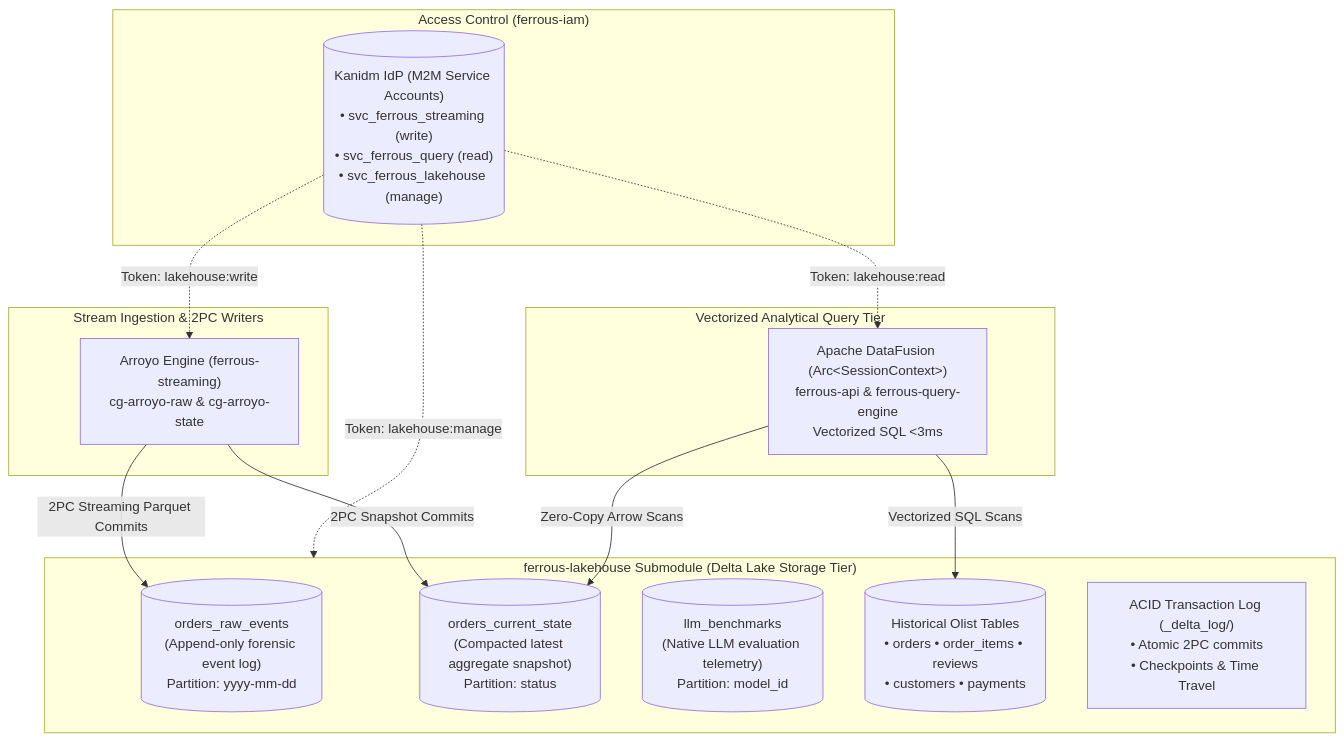
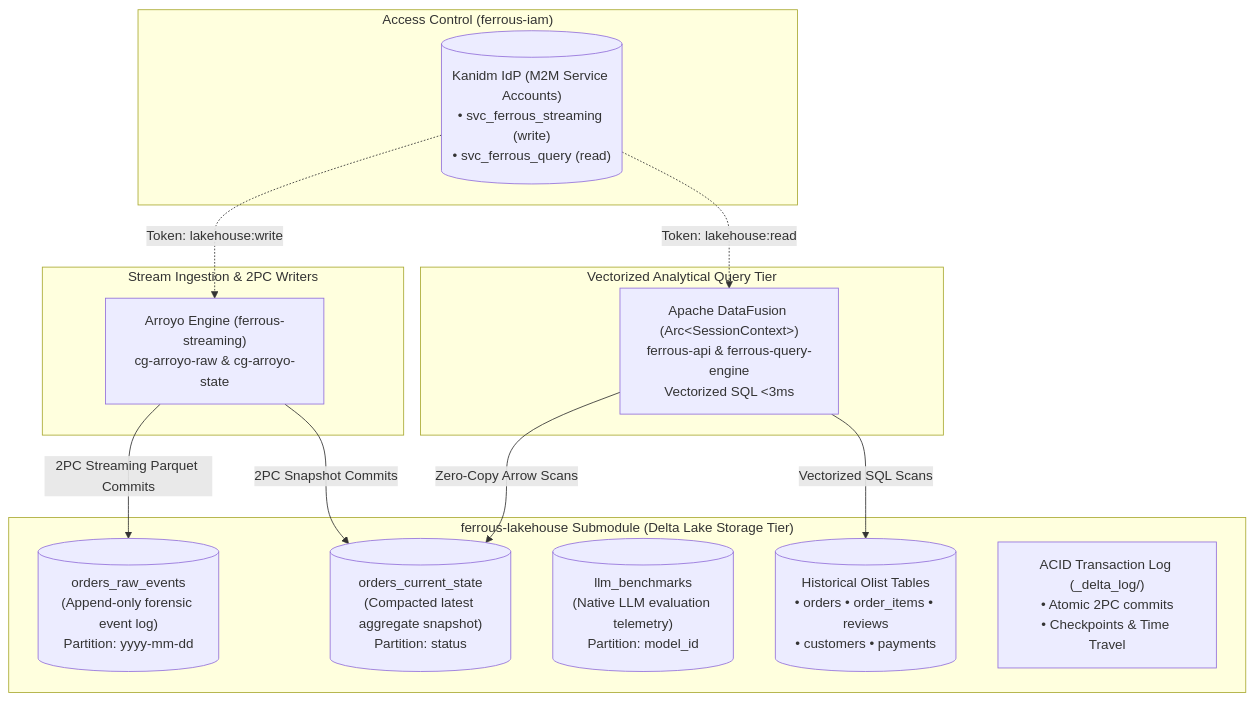
Before and after one commit to reidlai/ferrous-streaming: the diagram in store/README.md, drawn with Mermaid. The commit also changed other lines of this file and 14 other files, not shown here.

````diff
--- a/store/README.md
+++ b/store/README.md
@@ -20,30 +20,29 @@
 ```mermaid
 flowchart TD
     subgraph IAM ["Access Control (ferrous-iam)"]
-        Kanidm[("Kanidm IdP (M2M Service Accounts)<br/>• svc_ferrous_streaming (write)<br/>• svc_ferrous_query (read)<br/>• svc_ferrous_lakehouse (manage)")]
+        Kanidm[("Kanidm IdP (M2M Service Accounts)<br/>• svc_ferrous_streaming (write)<br/>• svc_ferrous_query (read)")]
     end
 
     subgraph Writers ["Stream Ingestion & 2PC Writers"]
         Arroyo["Arroyo Engine (ferrous-streaming)<br/>cg-arroyo-raw & cg-arroyo-state"]
     end
 
     subgraph Lakehouse ["ferrous-lakehouse Submodule (Delta Lake Storage Tier)"]
         RawEvents[("orders_raw_events<br/>(Append-only forensic event log)<br/>Partition: yyyy-mm-dd")]
         CurrentState[("orders_current_state<br/>(Compacted latest aggregate snapshot)<br/>Partition: status")]
         LLMBenchmarks[("llm_benchmarks<br/>(Native LLM evaluation telemetry)<br/>Partition: model_id")]
         HistoricalOlist[("Historical Olist Tables<br/>• orders • order_items • reviews<br/>• customers • payments")]
         DeltaLog["ACID Transaction Log (_delta_log/)<br/>• Atomic 2PC commits<br/>• Checkpoints & Time Travel"]
     end
 
     subgraph Readers ["Vectorized Analytical Query Tier"]
         DataFusion["Apache DataFusion (Arc&lt;SessionContext&gt;)<br/>ferrous-api & ferrous-query-engine<br/>Vectorized SQL &lt;3ms"]
     end
 
     Kanidm -.->|Token: lakehouse:write| Arroyo
     Kanidm -.->|Token: lakehouse:read| DataFusion
-    Kanidm -.->|Token: lakehouse:manage| Lakehouse
     Arroyo -->|2PC Streaming Parquet Commits| RawEvents
     Arroyo -->|2PC Snapshot Commits| CurrentState
     DataFusion -->|Zero-Copy Arrow Scans| CurrentState
     DataFusion -->|Vectorized SQL Scans| HistoricalOlist
 ```
````
